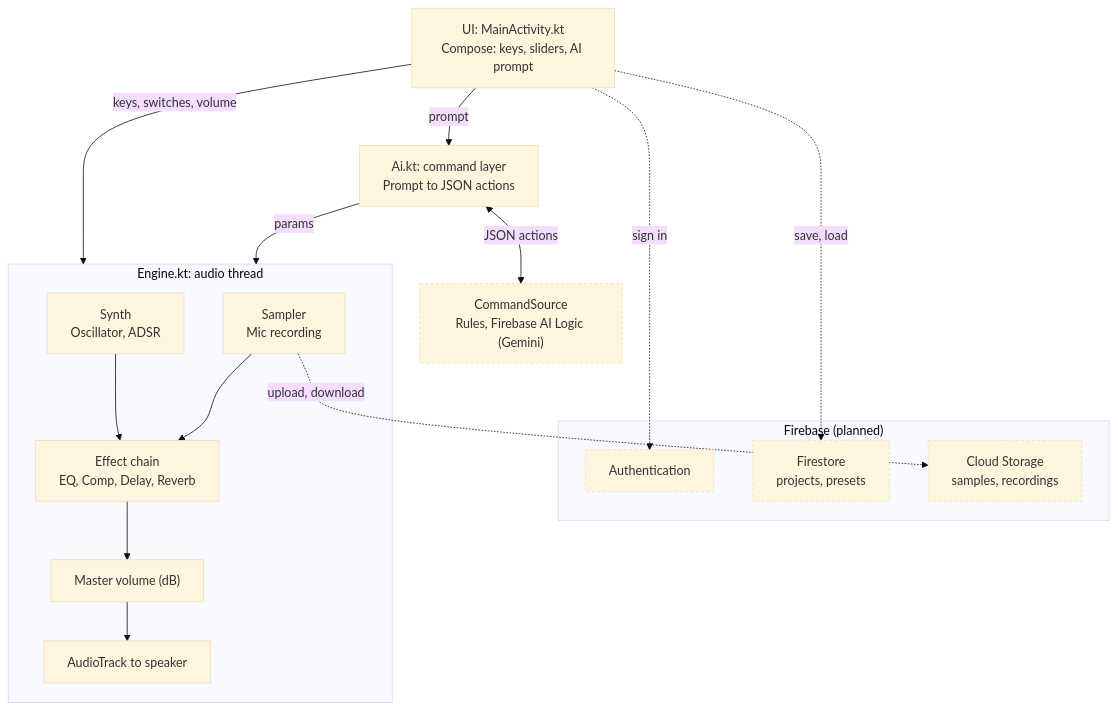
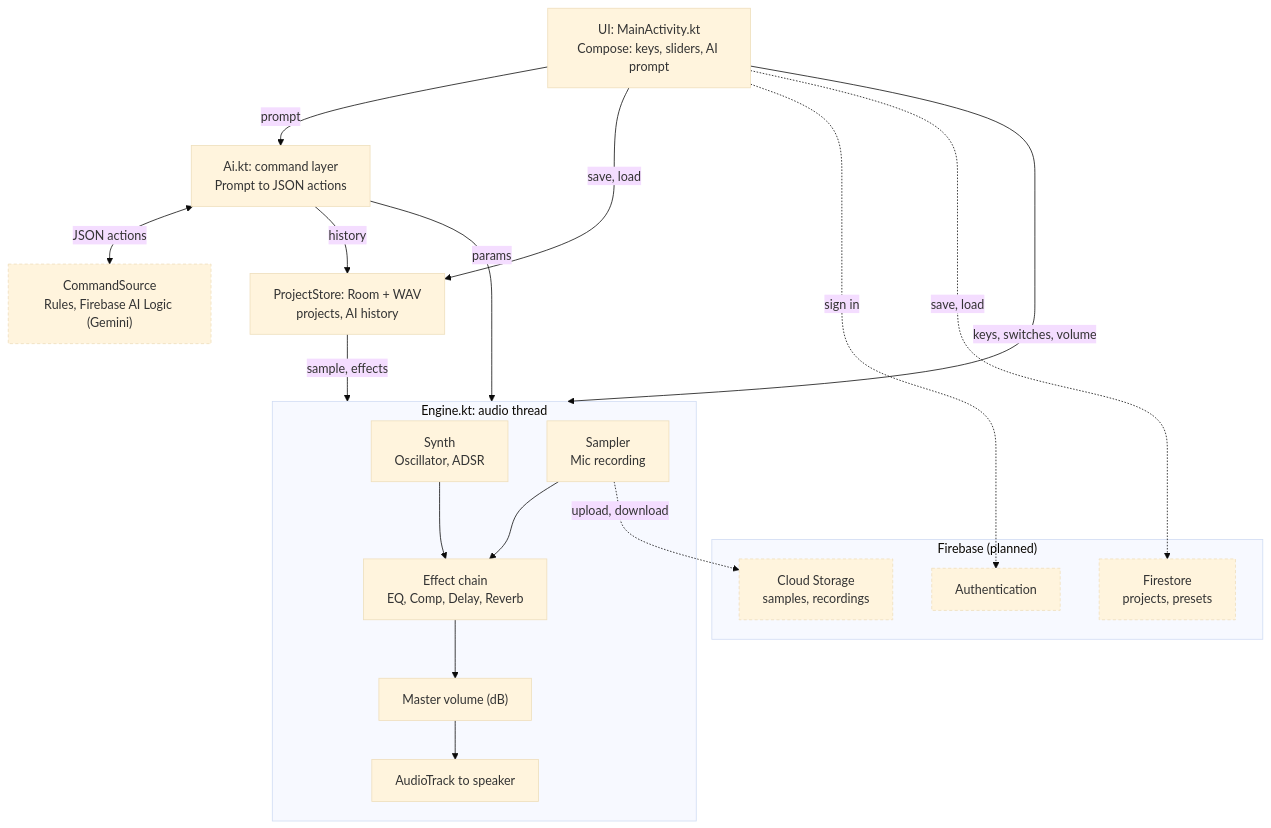
The diagram in docs/architecture.md (YaroslavMelnykAP23/SoundEngiToolkit), drawn with Mermaid (base theme) before and after one commit. The commit also changed other lines of this file and 19 other files, not shown here.

````diff
--- a/docs/architecture.md
+++ b/docs/architecture.md
@@ -7,34 +7,38 @@
 ```mermaid
 flowchart TB
     UI["UI: MainActivity.kt<br/>Compose: keys, sliders, AI prompt"]
     AI["Ai.kt: command layer<br/>Prompt to JSON actions"]
     SRC["CommandSource<br/>Rules, Firebase AI Logic (Gemini)"]
+    STORE["ProjectStore: Room + WAV<br/>projects, AI history"]
 
     subgraph FB["Firebase (planned)"]
         AUTH["Authentication"]
         FS["Firestore<br/>projects, presets"]
         ST["Cloud Storage<br/>samples, recordings"]
     end
 
     subgraph ENGINE["Engine.kt: audio thread"]
         SYNTH["Synth<br/>Oscillator, ADSR"]
         SAMPLER["Sampler<br/>Mic recording"]
         FX["Effect chain<br/>EQ, Comp, Delay, Reverb"]
         VOL["Master volume (dB)"]
         OUT["AudioTrack to speaker"]
         SYNTH --> FX
         SAMPLER --> FX
         FX --> VOL --> OUT
     end
 
     UI -->|prompt| AI
     UI -->|keys, switches, volume| ENGINE
     AI -->|params| ENGINE
     AI <-->|JSON actions| SRC
+    UI -->|save, load| STORE
+    AI -->|history| STORE
+    STORE -->|sample, effects| ENGINE
     UI -.->|sign in| AUTH
     UI -.->|save, load| FS
     SAMPLER -.->|upload, download| ST
 
     classDef planned stroke-dasharray: 4 3
     class SRC,AUTH,FS,ST planned
 ```
````
